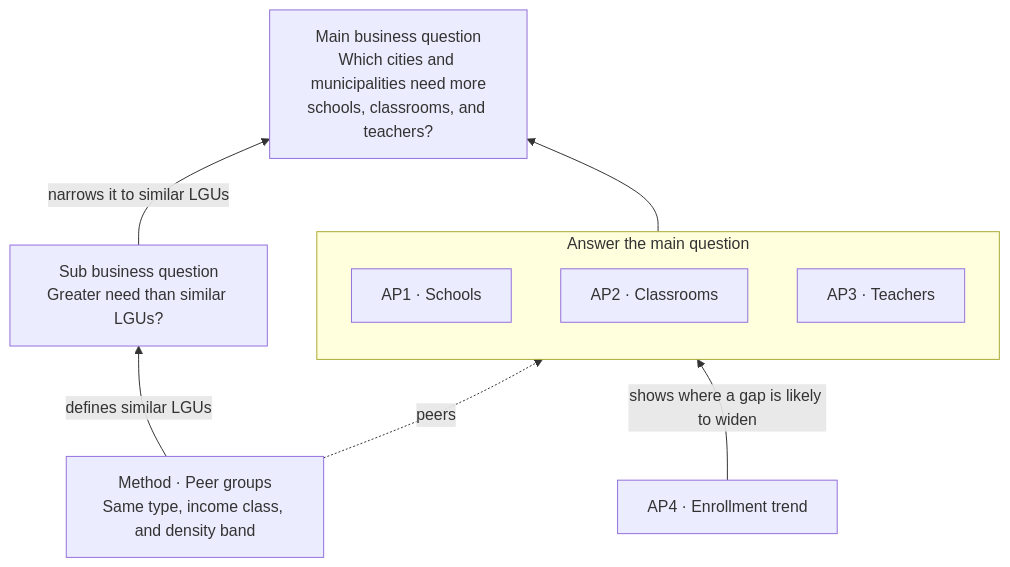
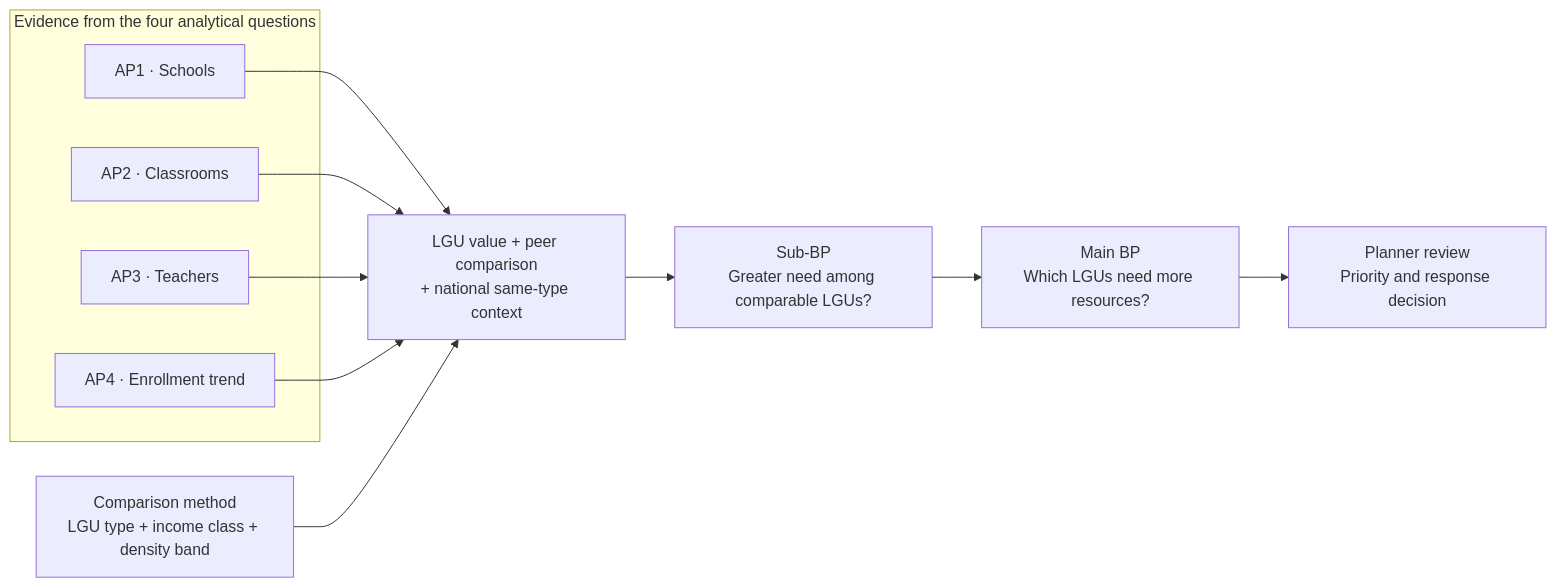
One commit to reached-hq/edu-access-intelligence changed the first of 2 diagrams in docs/business/business-analytics-problem.md. Above: the diagram before and after it, drawn with Mermaid. The commit also changed other lines of this file, not shown here.

Commit message:
Clarify peer method and document recommended choices

````diff
--- a/docs/business/business-analytics-problem.md
+++ b/docs/business/business-analytics-problem.md
@@ -41,13 +41,22 @@
 ```mermaid
-flowchart BT
-    METHOD["Method · Peer groups<br/>Same type, income class, and density band"] -->|defines similar LGUs| SUB["Sub business question<br/>Greater need than similar LGUs?"]
-    SUB -->|narrows it to similar LGUs| MAIN["Main business question<br/>Which cities and municipalities need more<br/>schools, classrooms, and teachers?"]
-    subgraph ANSWER["Answer the main question"]
+flowchart LR
+    subgraph QUESTIONS["Evidence from the four analytical questions"]
         AP1["AP1 · Schools"]
         AP2["AP2 · Classrooms"]
         AP3["AP3 · Teachers"]
+        AP4["AP4 · Enrollment trend"]
     end
-    ANSWER --> MAIN
-    AP4["AP4 · Enrollment trend"] -->|shows where a gap is likely to widen| ANSWER
-    METHOD -.->|peers| ANSWER
+
+    METHOD["Comparison method<br/>LGU type + income class + density band"]
+    EVIDENCE["LGU value + peer comparison<br/>+ national same-type context"]
+    SUB["Sub-BP<br/>Greater need among comparable LGUs?"]
+    MAIN["Main BP<br/>Which LGUs need more resources?"]
+    REVIEW["Planner review<br/>Priority and response decision"]
+
+    AP1 --> EVIDENCE
+    AP2 --> EVIDENCE
+    AP3 --> EVIDENCE
+    AP4 --> EVIDENCE
+    METHOD --> EVIDENCE
+    EVIDENCE --> SUB --> MAIN --> REVIEW
 ```
````
